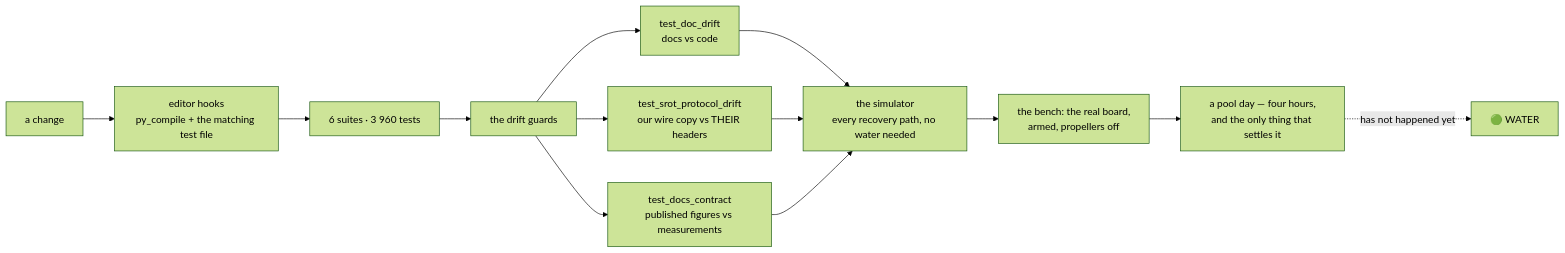
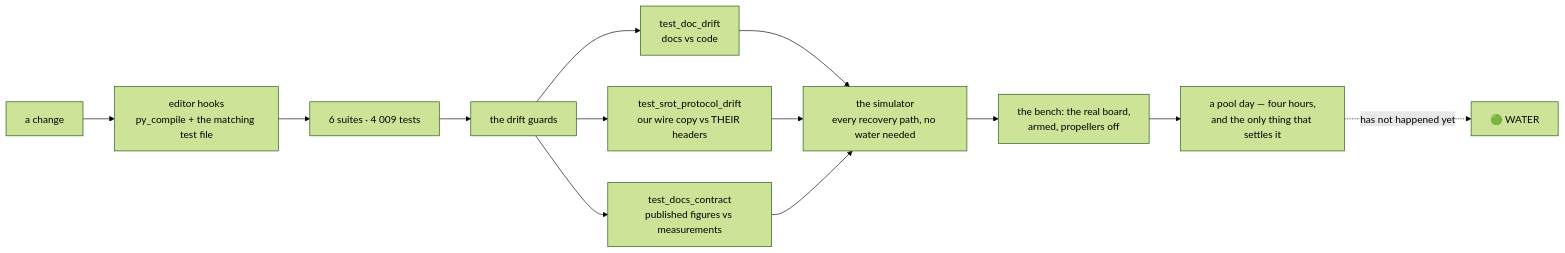
Before and after one commit to fh1m/mongla_ws: the ninth of 10 diagrams in README.md, drawn with Mermaid (forest theme). The commit also changed other lines of this file and 3 other files, not shown here.

````diff
--- a/README.md
+++ b/README.md
@@ -752,15 +752,15 @@
 ```mermaid
 flowchart LR
     DEV["a change"] --> HOOK["editor hooks<br/>py_compile + the matching test file"]
-    HOOK --> UNIT["6 suites · 3 960 tests"]
+    HOOK --> UNIT["6 suites · 4 009 tests"]
     UNIT --> GUARD["the drift guards"]
     GUARD --> G1["test_doc_drift<br/>docs vs code"]
     GUARD --> G2["test_srot_protocol_drift<br/>our wire copy vs THEIR headers"]
     GUARD --> G3["test_docs_contract<br/>published figures vs measurements"]
     G1 --> SIM["the simulator<br/>every recovery path, no water needed"]
     G2 --> SIM
     G3 --> SIM
     SIM --> BENCH["the bench: the real board,<br/>armed, propellers off"]
     BENCH --> POOL["a pool day — four hours,<br/>and the only thing that settles it"]
     POOL -.->|"has not happened yet"| WATER["🟢 WATER"]
 ```
````
